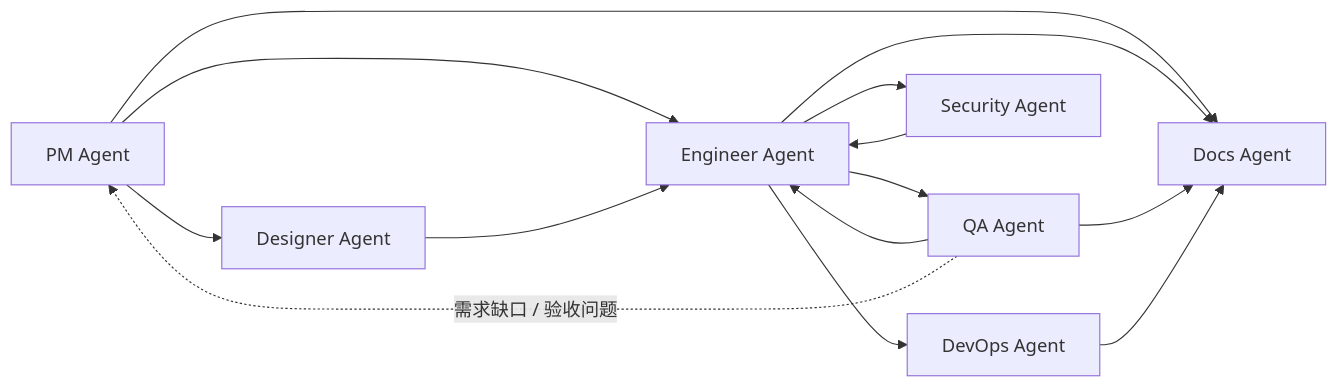
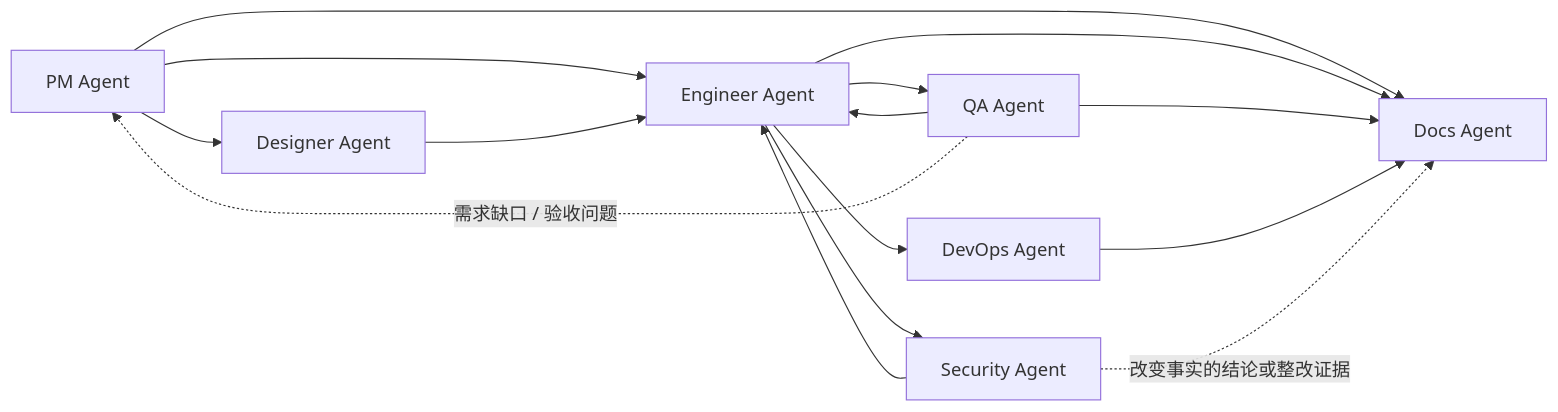
One commit to Neplich/dev-agent-skills changed the diagram in README_zh.md. Above: the diagram before and after it, drawn with Mermaid. The commit also changed 8 other files, not shown here.

````diff
--- a/README_zh.md
+++ b/README_zh.md
@@ -99,16 +99,17 @@
 ```mermaid
 flowchart LR
     PM["PM Agent"] --> Designer["Designer Agent"]
     PM --> Engineer["Engineer Agent"]
     Designer --> Engineer
     Engineer --> QA["QA Agent"]
     QA --> Engineer
     QA -. "需求缺口 / 验收问题" .-> PM
     Engineer --> DevOps["DevOps Agent"]
     Engineer --> Security["Security Agent"]
     Security --> Engineer
     PM --> Docs["Docs Agent"]
     Engineer --> Docs
     QA --> Docs
     DevOps --> Docs
+    Security -. "改变事实的结论或整改证据" .-> Docs
 ```
````
